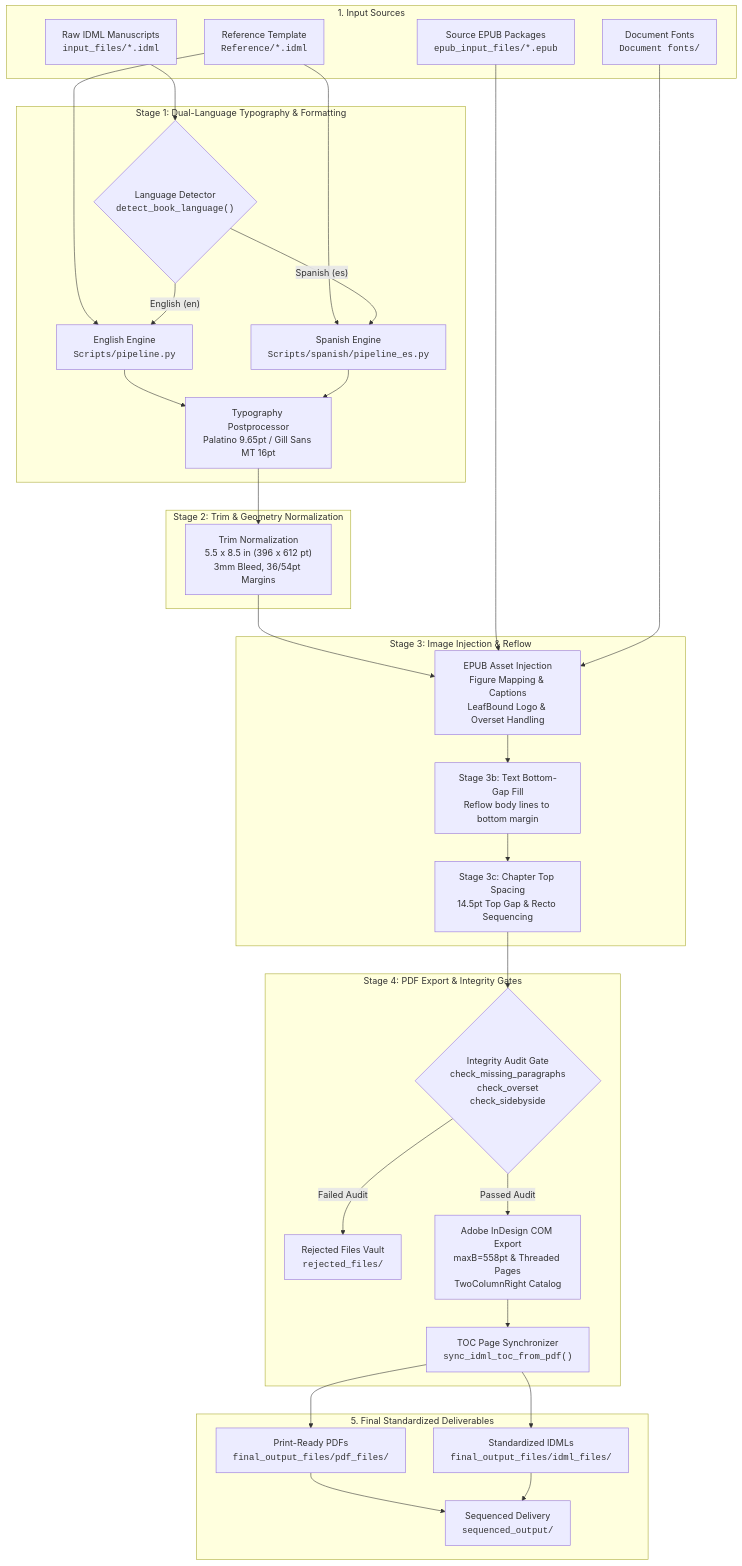
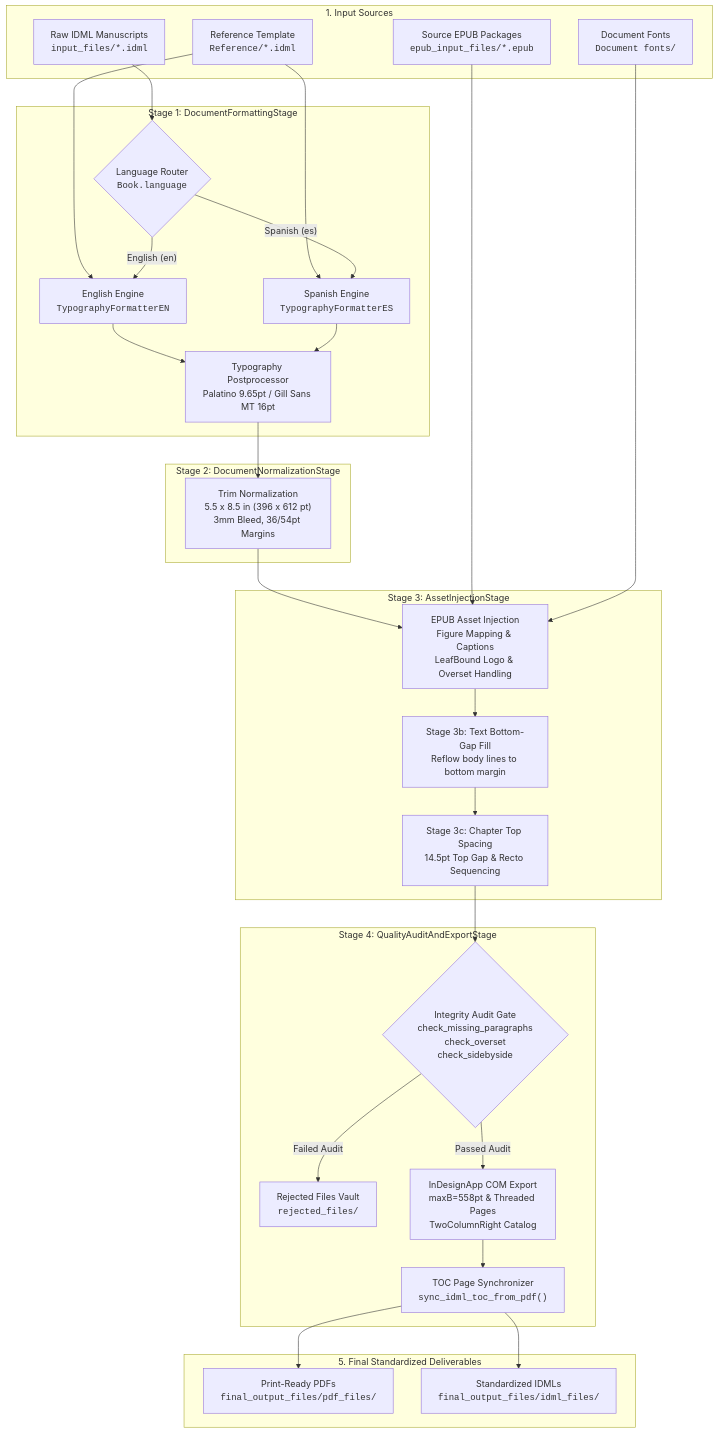
The diagram in README.md (sumandouble9-bit/idml_automation), drawn with Mermaid before and after one commit. The commit also changed other lines of this file and 80 other files, not shown here.

````diff
--- a/README.md
+++ b/README.md
@@ -52,61 +141,58 @@
 ```mermaid
 flowchart TD
     subgraph Inputs ["1. Input Sources"]
         IDML["Raw IDML Manuscripts<br/><code>input_files/*.idml</code>"]
         EPUB["Source EPUB Packages<br/><code>epub_input_files/*.epub</code>"]
         REF["Reference Template<br/><code>Reference/*.idml</code>"]
         FONTS["Document Fonts<br/><code>Document fonts/</code>"]
     end
 
-    subgraph Step1 ["Stage 1: Dual-Language Typography & Formatting"]
-        DET{"Language Detector<br/><code>detect_book_language()</code>"}
-        EN_FMT["English Engine<br/><code>Scripts/pipeline.py</code>"]
-        ES_FMT["Spanish Engine<br/><code>Scripts/spanish/pipeline_es.py</code>"]
+    subgraph Step1 ["Stage 1: DocumentFormattingStage"]
+        DET{"Language Router<br/><code>Book.language</code>"}
+        EN_FMT["English Engine<br/><code>TypographyFormatterEN</code>"]
+        ES_FMT["Spanish Engine<br/><code>TypographyFormatterES</code>"]
         POST_TYPO["Typography Postprocessor<br/>Palatino 9.65pt / Gill Sans MT 16pt"]
     end
 
-    subgraph Step2 ["Stage 2: Trim & Geometry Normalization"]
+    subgraph Step2 ["Stage 2: DocumentNormalizationStage"]
         NORM["Trim Normalization<br/>5.5 x 8.5 in (396 x 612 pt)<br/>3mm Bleed, 36/54pt Margins"]
     end
 
-    subgraph Step3 ["Stage 3: Image Injection & Reflow"]
+    subgraph Step3 ["Stage 3: AssetInjectionStage"]
         INJECT["EPUB Asset Injection<br/>Figure Mapping & Captions<br/>LeafBound Logo & Overset Handling"]
         GAP_FILL["Stage 3b: Text Bottom-Gap Fill<br/>Reflow body lines to bottom margin"]
         CHAP_SPACING["Stage 3c: Chapter Top Spacing<br/>14.5pt Top Gap & Recto Sequencing"]
     end
 
-    subgraph Step4 ["Stage 4: PDF Export & Integrity Gates"]
+    subgraph Step4 ["Stage 4: QualityAuditAndExportStage"]
         GATE{"Integrity Audit Gate<br/>check_missing_paragraphs<br/>check_overset<br/>check_sidebyside"}
         REJECT["Rejected Files Vault<br/><code>rejected_files/</code>"]
-        PDF_EXP["Adobe InDesign COM Export<br/>maxB=558pt & Threaded Pages<br/>TwoColumnRight Catalog"]
+        PDF_EXP["InDesignApp COM Export<br/>maxB=558pt & Threaded Pages<br/>TwoColumnRight Catalog"]
         TOC_SYNC["TOC Page Synchronizer<br/><code>sync_idml_toc_from_pdf()</code>"]
     end
 
     subgraph Outputs ["5. Final Standardized Deliverables"]
         FINAL_PDF["Print-Ready PDFs<br/><code>final_output_files/pdf_files/</code>"]
         FINAL_IDML["Standardized IDMLs<br/><code>final_output_files/idml_files/</code>"]
-        SEQ_OUT["Sequenced Delivery<br/><code>sequenced_output/</code>"]
     end
 
     IDML --> DET
     REF --> EN_FMT
     REF --> ES_FMT
     DET -- "English (en)" --> EN_FMT
     DET -- "Spanish (es)" --> ES_FMT
     EN_FMT --> POST_TYPO
     ES_FMT --> POST_TYPO
     POST_TYPO --> NORM
     NORM --> INJECT
     EPUB --> INJECT
     FONTS --> INJECT
     INJECT --> GAP_FILL
     GAP_FILL --> CHAP_SPACING
     CHAP_SPACING --> GATE
     GATE -- "Failed Audit" --> REJECT
     GATE -- "Passed Audit" --> PDF_EXP
     PDF_EXP --> TOC_SYNC
     TOC_SYNC --> FINAL_PDF
     TOC_SYNC --> FINAL_IDML
-    FINAL_PDF --> SEQ_OUT
-    FINAL_IDML --> SEQ_OUT
 ```
````
